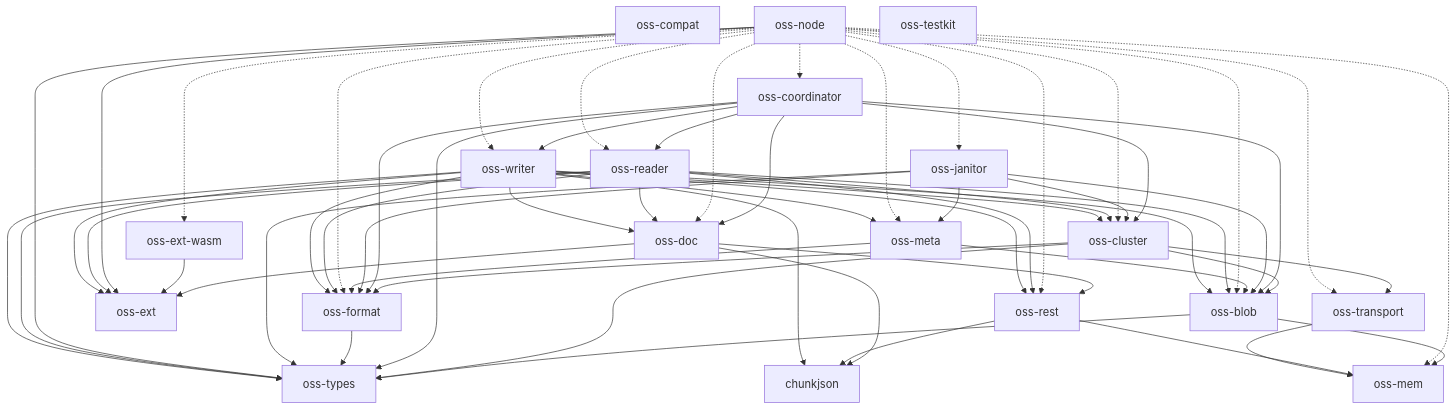
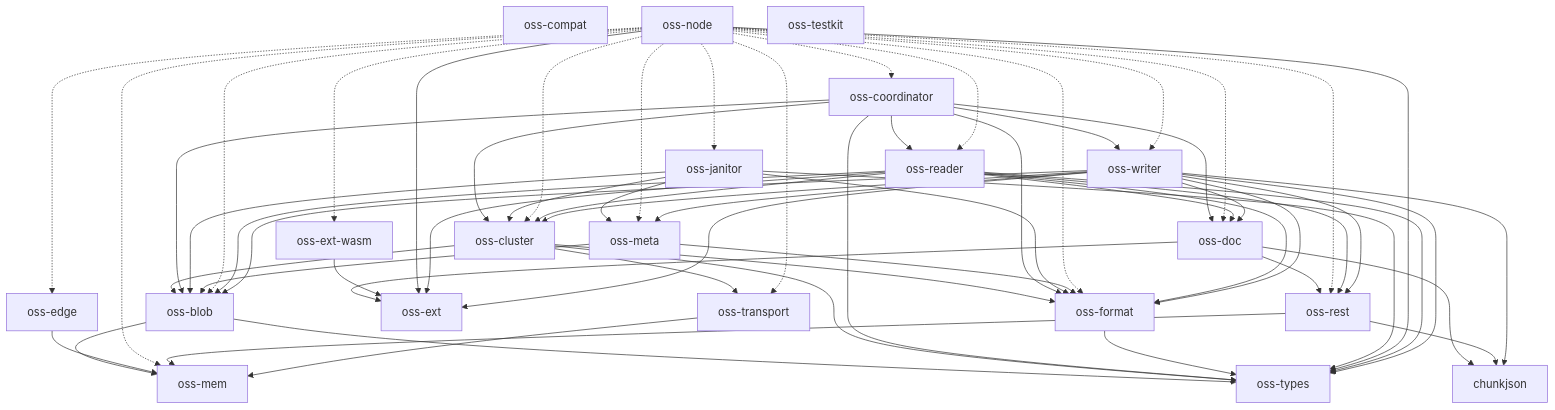
The diagram in docs/architecture.md (huyz0/opensearch-serverless), drawn with Mermaid before and after one commit. The commit also changed 30 other files, not shown here.

First line of the commit message:
feat(edge): serve HTTP/2 over clear text and TLS from the node (#586)

````diff
--- a/docs/architecture.md
+++ b/docs/architecture.md
@@ -10,68 +10,70 @@
 ```mermaid
 graph TD
     chunkjson
     oss-blob --> oss-mem
     oss-blob --> oss-types
     oss-cluster --> oss-blob
     oss-cluster --> oss-format
     oss-cluster --> oss-transport
     oss-cluster --> oss-types
     oss-compat
     oss-coordinator --> oss-blob
     oss-coordinator --> oss-cluster
     oss-coordinator --> oss-doc
     oss-coordinator --> oss-format
     oss-coordinator --> oss-reader
     oss-coordinator --> oss-types
     oss-coordinator --> oss-writer
     oss-doc --> chunkjson
     oss-doc --> oss-ext
     oss-doc --> oss-rest
+    oss-edge --> oss-mem
     oss-ext
     oss-ext-wasm --> oss-ext
     oss-format --> oss-types
     oss-janitor --> oss-blob
     oss-janitor --> oss-cluster
     oss-janitor --> oss-format
     oss-janitor --> oss-meta
     oss-janitor --> oss-types
     oss-mem
     oss-meta --> oss-blob
     oss-meta --> oss-format
     oss-node -.-> oss-blob
     oss-node -.-> oss-cluster
     oss-node -.-> oss-coordinator
     oss-node -.-> oss-doc
+    oss-node -.-> oss-edge
     oss-node --> oss-ext
     oss-node -.-> oss-ext-wasm
     oss-node -.-> oss-format
     oss-node -.-> oss-janitor
     oss-node -.-> oss-mem
     oss-node -.-> oss-meta
     oss-node -.-> oss-reader
     oss-node -.-> oss-rest
     oss-node -.-> oss-transport
     oss-node --> oss-types
     oss-node -.-> oss-writer
     oss-reader --> oss-blob
     oss-reader --> oss-cluster
     oss-reader --> oss-doc
     oss-reader --> oss-ext
     oss-reader --> oss-format
     oss-reader --> oss-rest
     oss-reader --> oss-types
     oss-rest --> chunkjson
     oss-rest --> oss-mem
     oss-testkit
     oss-transport --> oss-mem
     oss-types
     oss-writer --> chunkjson
     oss-writer --> oss-blob
     oss-writer --> oss-cluster
     oss-writer --> oss-doc
     oss-writer --> oss-ext
     oss-writer --> oss-format
     oss-writer --> oss-meta
     oss-writer --> oss-rest
     oss-writer --> oss-types
 ```
````
